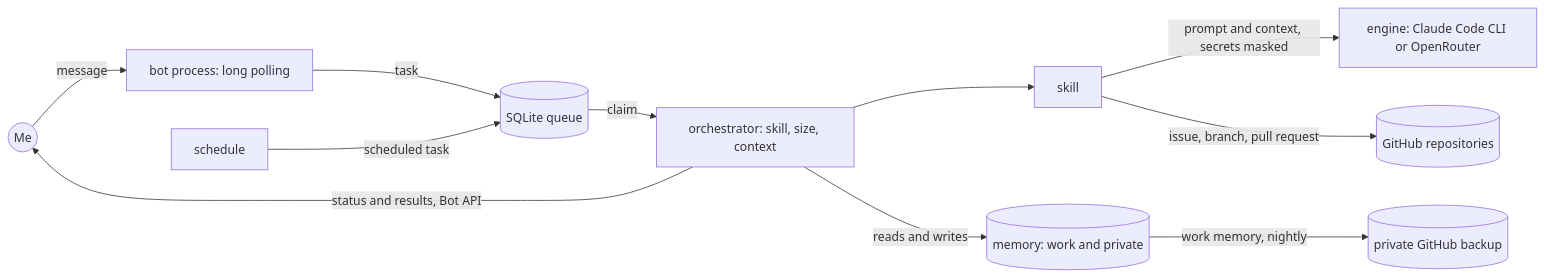
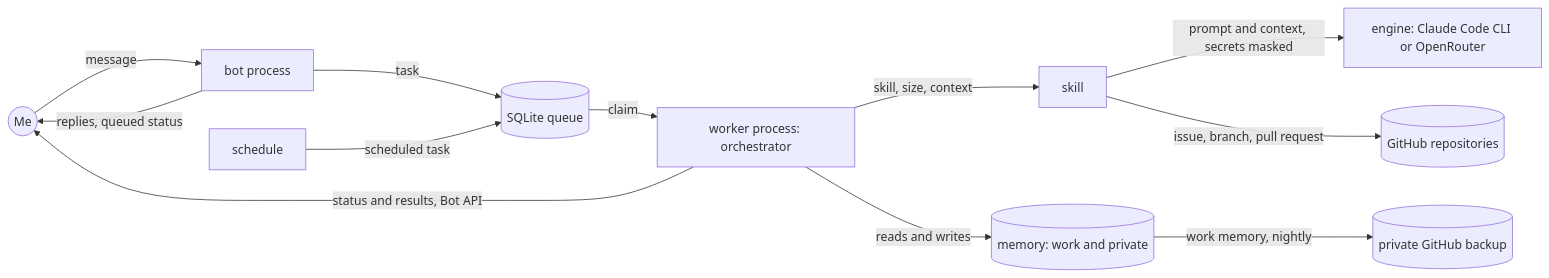
Before and after one commit to ant4x/strata-showcase: the first of 2 diagrams in README.md, drawn with Mermaid. The commit also changed other lines of this file and 1 other file, not shown here.

````diff
--- a/README.md
+++ b/README.md
@@ -71,13 +27,14 @@
 ```mermaid
 flowchart LR
-    Me((Me)) -- message --> Bot[bot process: long polling]
+    Me((Me)) -- message --> Bot[bot process]
+    Bot -- replies, queued status --> Me
     Bot -- task --> Queue[(SQLite queue)]
     Sched[schedule] -- scheduled task --> Queue
-    Queue -- claim --> Orch[orchestrator: skill, size, context]
-    Orch --> Skill[skill]
+    Queue -- claim --> Orch[worker process: orchestrator]
+    Orch -- skill, size, context --> Skill[skill]
     Skill -- prompt and context, secrets masked --> Engine[engine: Claude Code CLI or OpenRouter]
     Orch -- reads and writes --> Memory[(memory: work and private)]
     Memory -- work memory, nightly --> Backup[(private GitHub backup)]
     Skill -- issue, branch, pull request --> Repos[(GitHub repositories)]
     Orch -- status and results, Bot API --> Me
 ```
````
